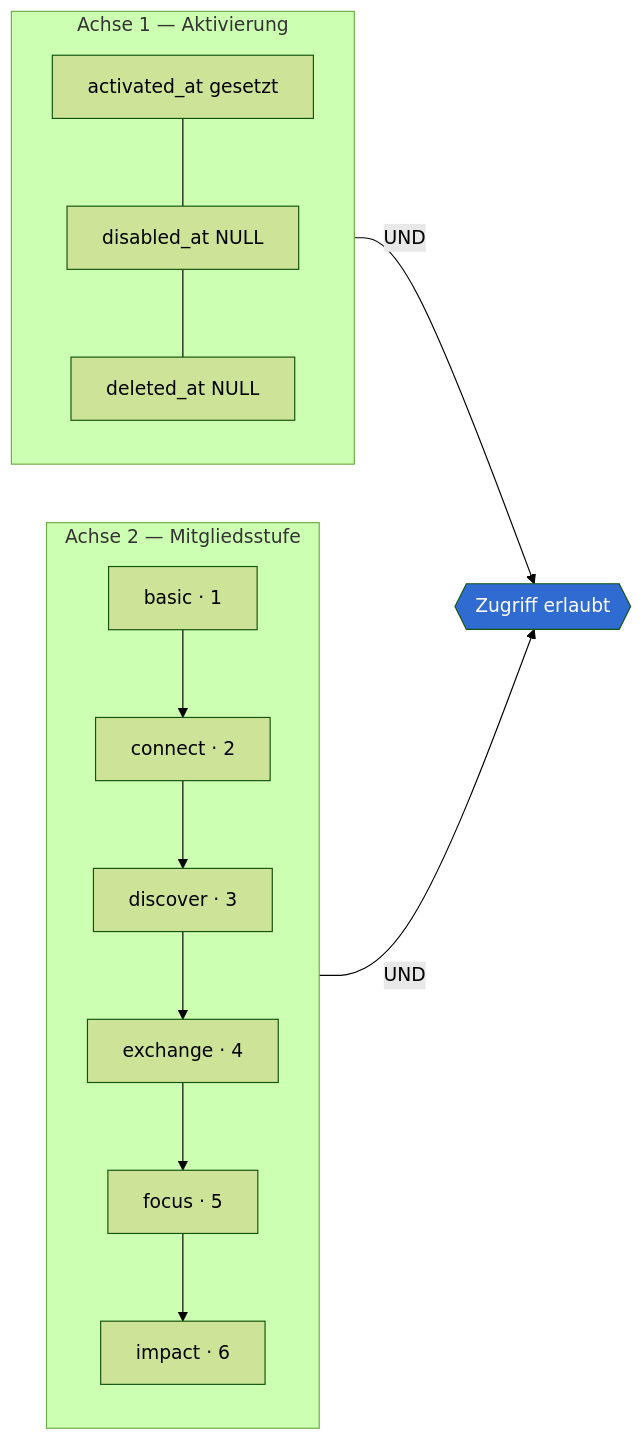
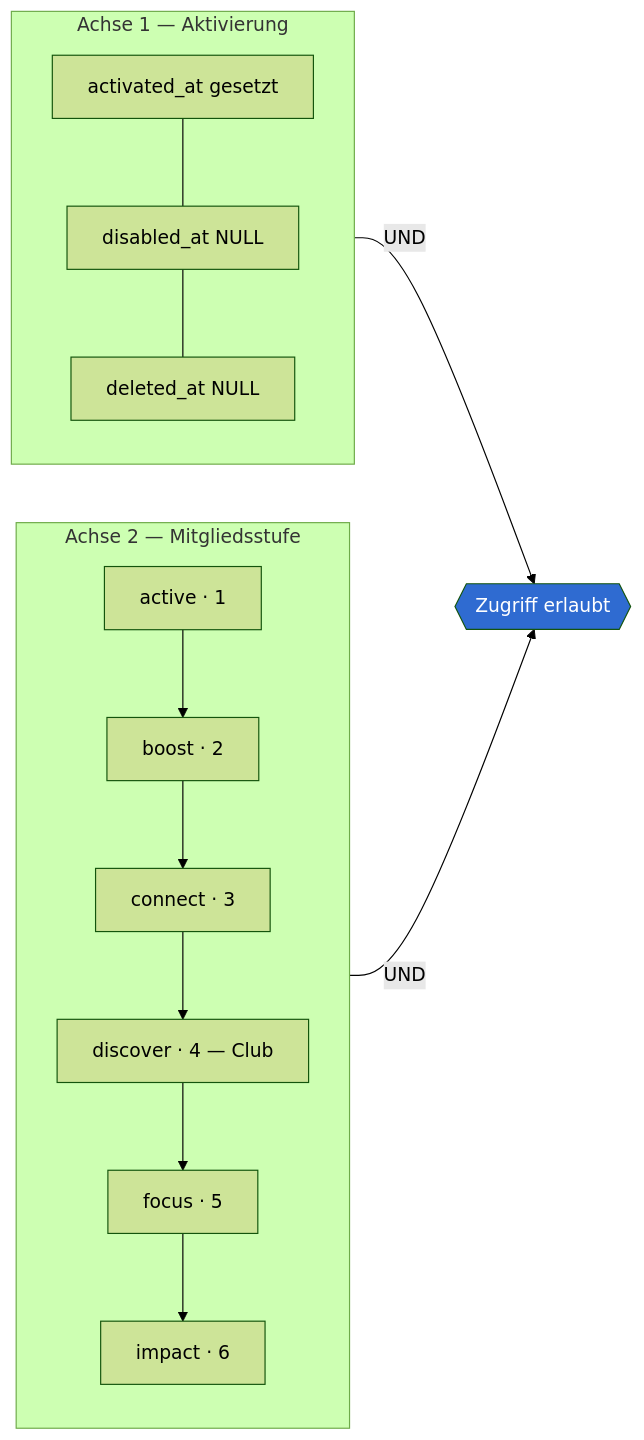
Before and after one commit to agenticapps-eu/fbc-platform: the second of 9 diagrams in docs/technisches-handbuch.md, drawn with Mermaid (forest theme). The commit also changed 82 other files, not shown here.

First line of the commit message:
feat: Zugangsleiter V5 — der Club beginnt bei DISCOVER (AGE-903) (#436)

````diff
--- a/docs/technisches-handbuch.md
+++ b/docs/technisches-handbuch.md
@@ -130,21 +130,21 @@
 ```mermaid
 graph LR
     subgraph Achse1["Achse 1 — Aktivierung"]
         direction TB
         A1["activated_at gesetzt"]
         A2["disabled_at NULL"]
         A3["deleted_at NULL"]
         A1 --- A2 --- A3
     end
 
     subgraph Achse2["Achse 2 — Mitgliedsstufe"]
         direction TB
-        L1["basic · 1"] --> L2["connect · 2"] --> L3["discover · 3"]
-        L3 --> L4["exchange · 4"] --> L5["focus · 5"] --> L6["impact · 6"]
+        L1["active · 1"] --> L2["boost · 2"] --> L3["connect · 3"]
+        L3 --> L4["discover · 4 — Club"] --> L5["focus · 5"] --> L6["impact · 6"]
     end
 
     Achse1 -->|"UND"| Z{{"Zugriff erlaubt"}}
     Achse2 -->|"UND"| Z
 
     style Z fill:#2F6BD1,color:#fff
 ```
````
